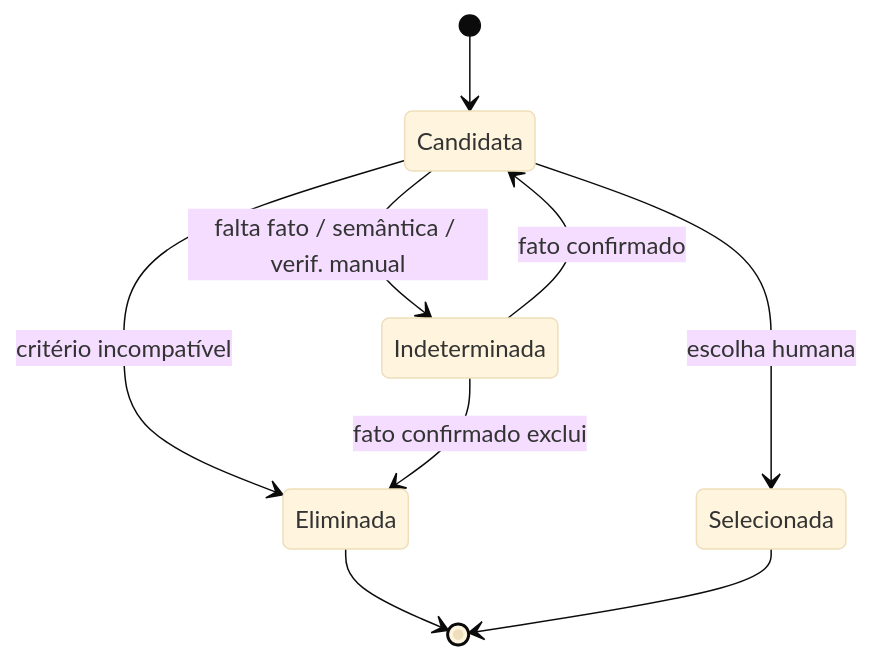
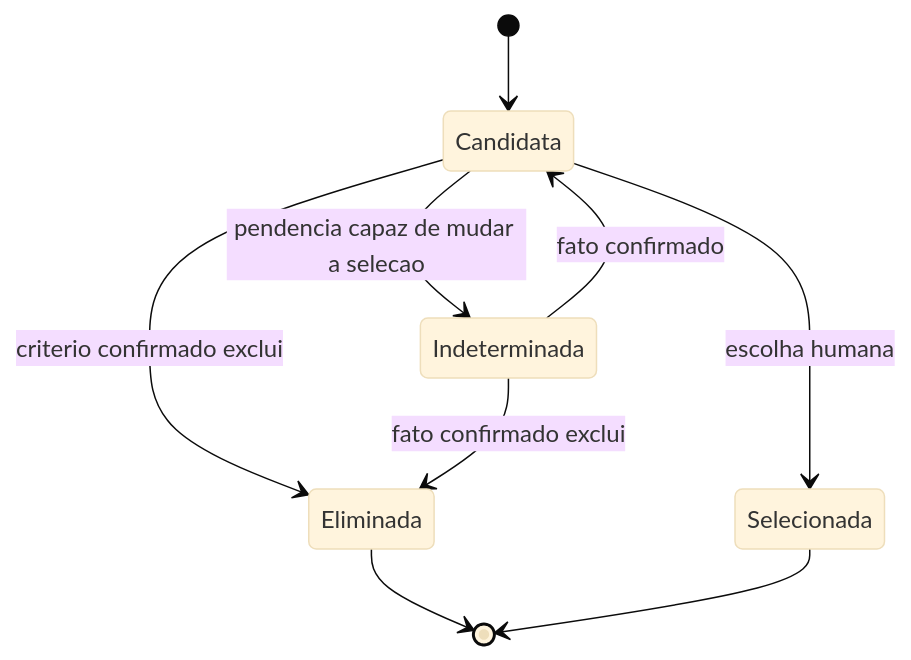
Before and after one commit to franklinbaldo/sisprev: the third of 6 diagrams in docs/rfc/0002-selecao-explicavel-pos-anamnese.md, drawn with Mermaid (base theme). The commit also changed other lines of this file and 2 other files, not shown here.

````diff
--- a/docs/rfc/0002-selecao-explicavel-pos-anamnese.md
+++ b/docs/rfc/0002-selecao-explicavel-pos-anamnese.md
@@ -154,11 +160,11 @@
 ```mermaid
 stateDiagram-v2
     [*] --> Candidata
-    Candidata --> Eliminada: critério incompatível
-    Candidata --> Indeterminada: falta fato / semântica / verif. manual
+    Candidata --> Eliminada: criterio confirmado exclui
+    Candidata --> Indeterminada: pendencia capaz de mudar a selecao
     Indeterminada --> Candidata: fato confirmado
     Indeterminada --> Eliminada: fato confirmado exclui
     Candidata --> Selecionada: escolha humana
     Eliminada --> [*]
     Selecionada --> [*]
 ```
````
